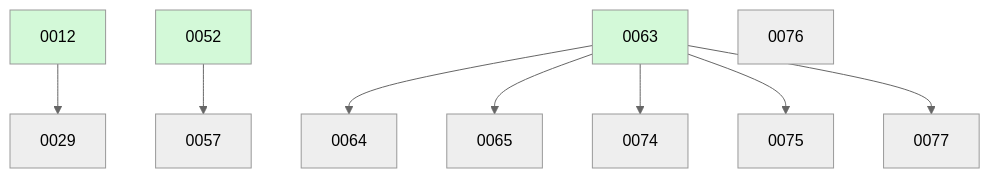
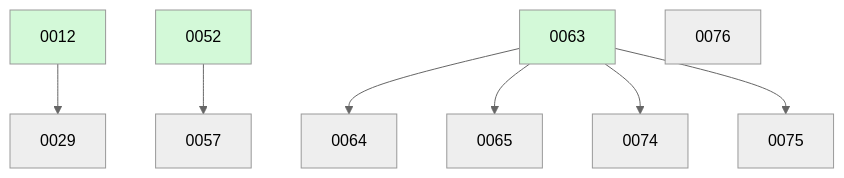
Before and after one commit to ethanhinson/fuse: the diagram in docs/changes/BOARD.md, drawn with Mermaid (neutral theme). The commit also changed other lines of this file, not shown here.

````diff
--- a/docs/changes/BOARD.md
+++ b/docs/changes/BOARD.md
@@ -28,15 +22,14 @@
 ```mermaid
 graph TD
   0012 --> 0029
   0052 --> 0057
   0063 --> 0064
   0063 --> 0065
   0063 --> 0074
   0063 --> 0075
   0076
-  0063 --> 0077
   0012:::done
   0052:::done
   0063:::done
   classDef done fill:#d3f9d8;
 ```
````
